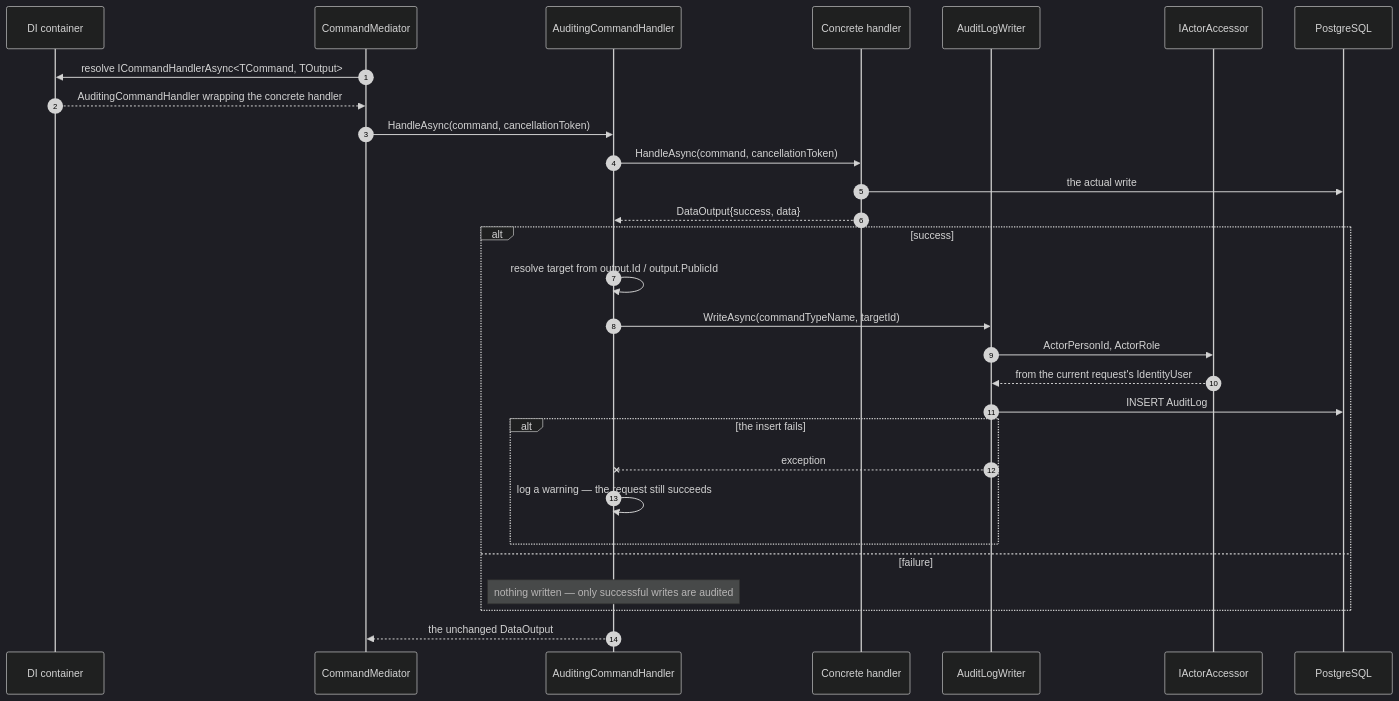
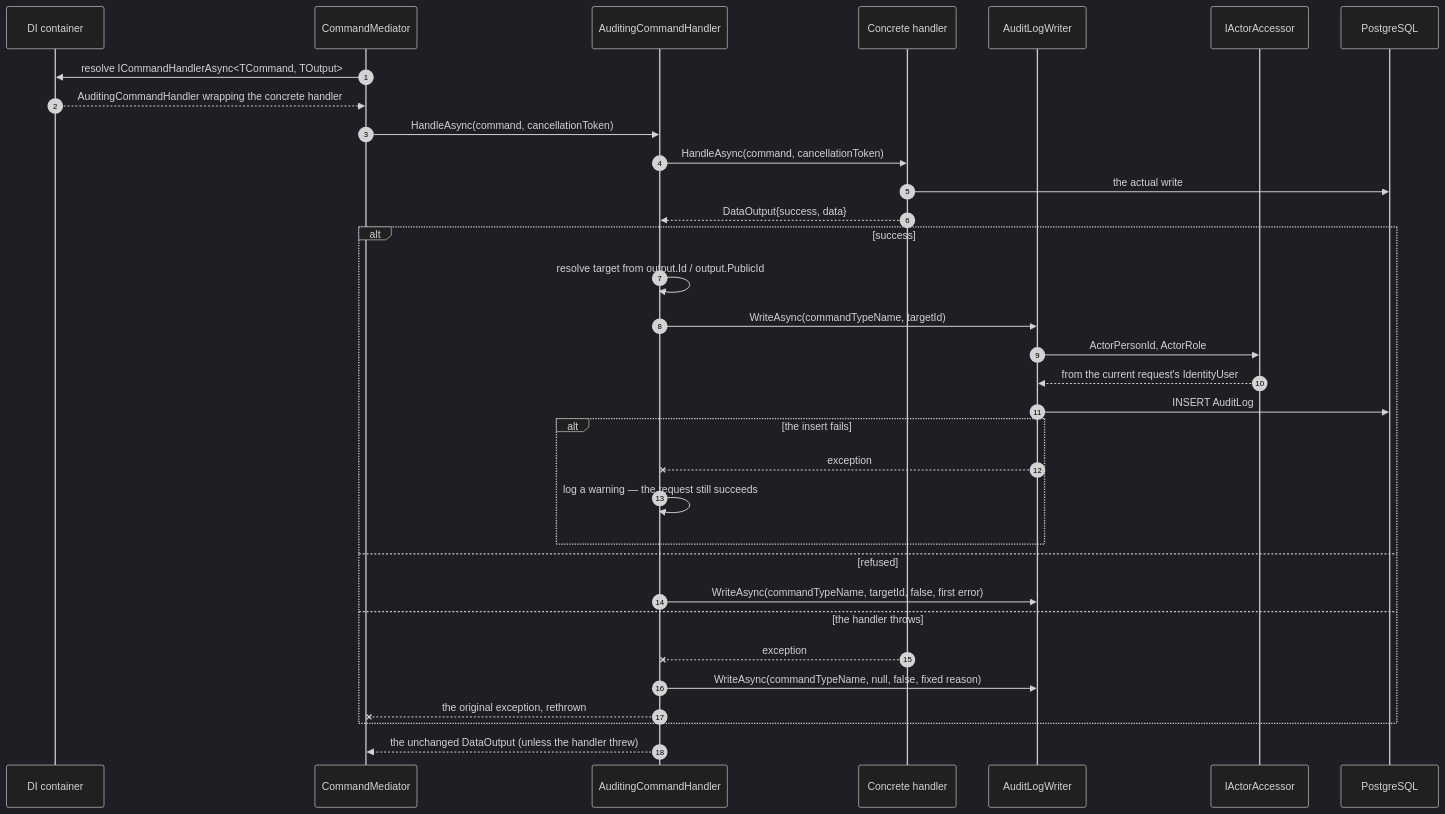
The diagram in docs/content/en/docs/flows/audit-logging.md (artur-rios/heimdall-api), drawn with Mermaid (dark theme) before and after one commit. The commit also changed other lines of this file and 8 other files, not shown here.

````diff
--- a/docs/content/en/docs/flows/audit-logging.md
+++ b/docs/content/en/docs/flows/audit-logging.md
@@ -15,34 +15,38 @@
 ```mermaid
 sequenceDiagram
     autonumber
     participant DI as DI container
     participant M as CommandMediator
     participant A as AuditingCommandHandler
     participant H as Concrete handler
     participant W as AuditLogWriter
     participant AA as IActorAccessor
     participant DB as PostgreSQL
 
     M->>DI: resolve ICommandHandlerAsync<TCommand, TOutput>
     DI-->>M: AuditingCommandHandler wrapping the concrete handler
     M->>A: HandleAsync(command, cancellationToken)
     A->>H: HandleAsync(command, cancellationToken)
     H->>DB: the actual write
     H-->>A: DataOutput{success, data}
 
     alt success
         A->>A: resolve target from output.Id / output.PublicId
         A->>W: WriteAsync(commandTypeName, targetId)
         W->>AA: ActorPersonId, ActorRole
         AA-->>W: from the current request's IdentityUser
         W->>DB: INSERT AuditLog
         alt the insert fails
             W--xA: exception
             A->>A: log a warning — the request still succeeds
         end
-    else failure
-        Note over A: nothing written — only successful writes are audited
+    else refused
+        A->>W: WriteAsync(commandTypeName, targetId, false, first error)
+    else the handler throws
+        H--xA: exception
+        A->>W: WriteAsync(commandTypeName, null, false, fixed reason)
+        A--xM: the original exception, rethrown
     end
 
-    A-->>M: the unchanged DataOutput
+    A-->>M: the unchanged DataOutput (unless the handler threw)
 ```
````
